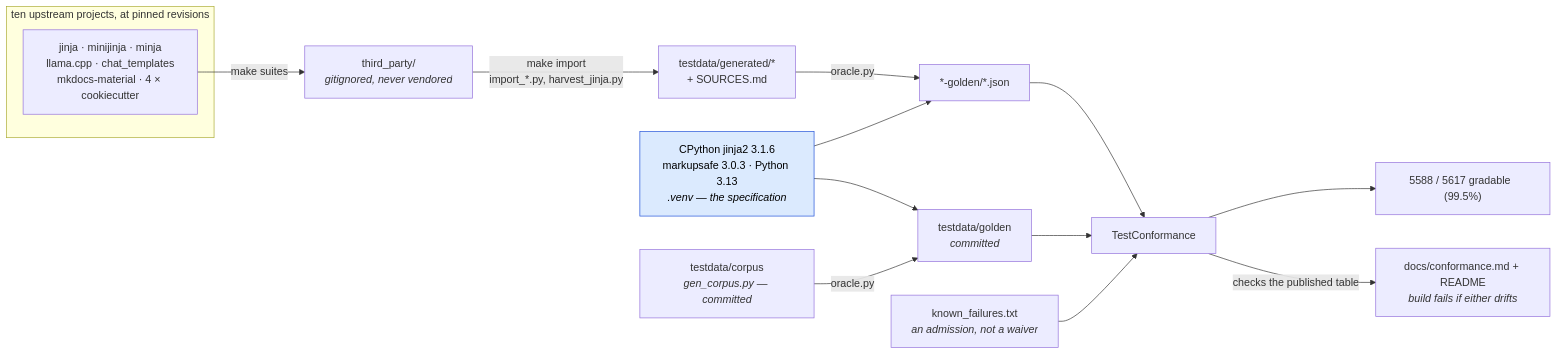
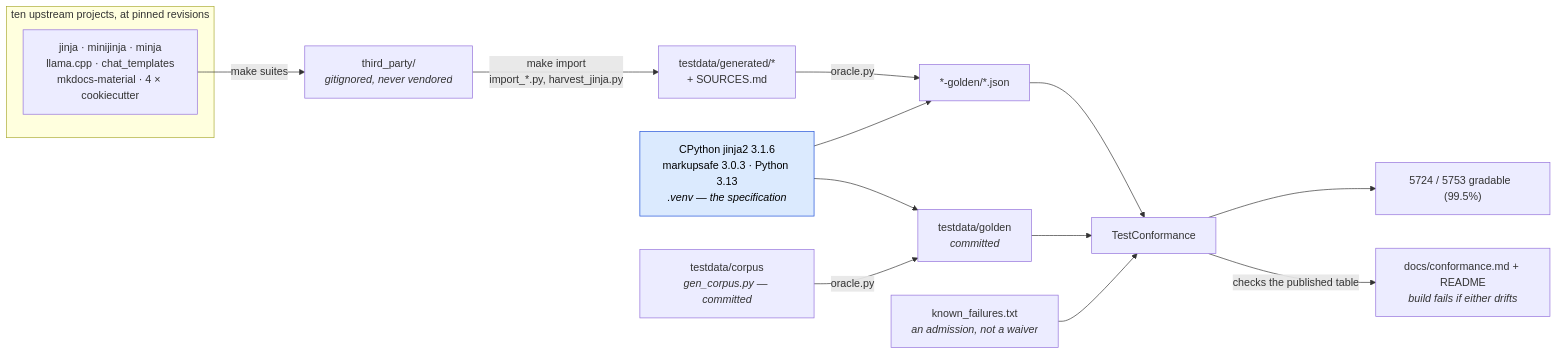
Before and after one commit to mgilbir/gojja2: the first of 2 diagrams in docs/conformance.md, drawn with Mermaid. The commit also changed other lines of this file and 428 other files, not shown here.

````diff
--- a/docs/conformance.md
+++ b/docs/conformance.md
@@ -17,24 +17,24 @@
 ```mermaid
 flowchart LR
     subgraph up["ten upstream projects, at pinned revisions"]
         U1["jinja · minijinja · minja<br/>llama.cpp · chat_templates<br/>mkdocs-material · 4 × cookiecutter"]
     end
     U1 -->|"make suites"| TP["third_party/<br/><i>gitignored, never vendored</i>"]
     TP -->|"make import<br/>import_*.py, harvest_jinja.py"| GEN["testdata/generated/*<br/>+ SOURCES.md"]
 
     ORA["CPython jinja2 3.1.6<br/>markupsafe 3.0.3 · Python 3.13<br/><i>.venv — the specification</i>"]
     GEN -->|"oracle.py"| G2["*-golden/*.json"]
     ORA --> G2
 
     OWN["testdata/corpus<br/><i>gen_corpus.py — committed</i>"] -->|"oracle.py"| G1["testdata/golden<br/><i>committed</i>"]
     ORA --> G1
 
     G1 --> TC["TestConformance"]
     G2 --> TC
     KF["known_failures.txt<br/><i>an admission, not a waiver</i>"] --> TC
-    TC --> RATE["5588 / 5617 gradable  (99.5%)"]
+    TC --> RATE["5724 / 5753 gradable  (99.5%)"]
     TC -->|"checks the published table"| RM["docs/conformance.md + README<br/><i>build fails if either drifts</i>"]
 
     classDef spec fill:#dbeafe,stroke:#1d4ed8,color:#000
     class ORA spec
 ```
````
